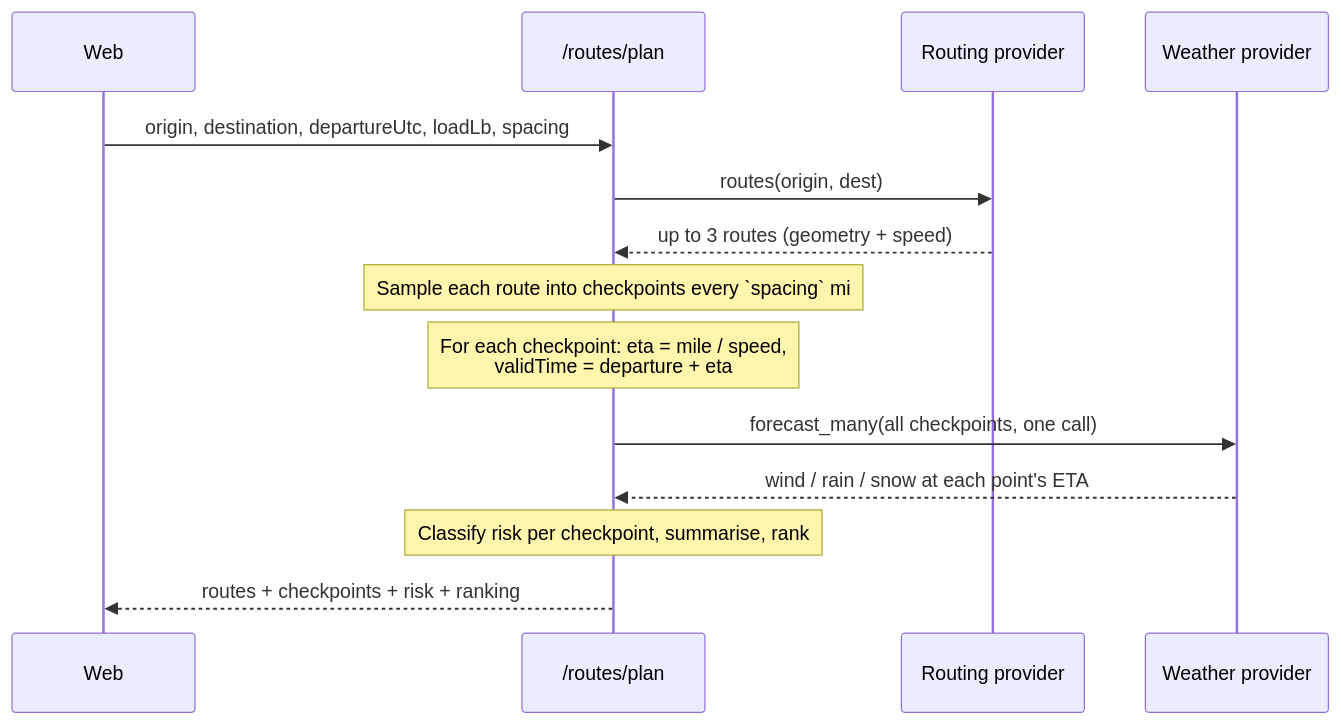
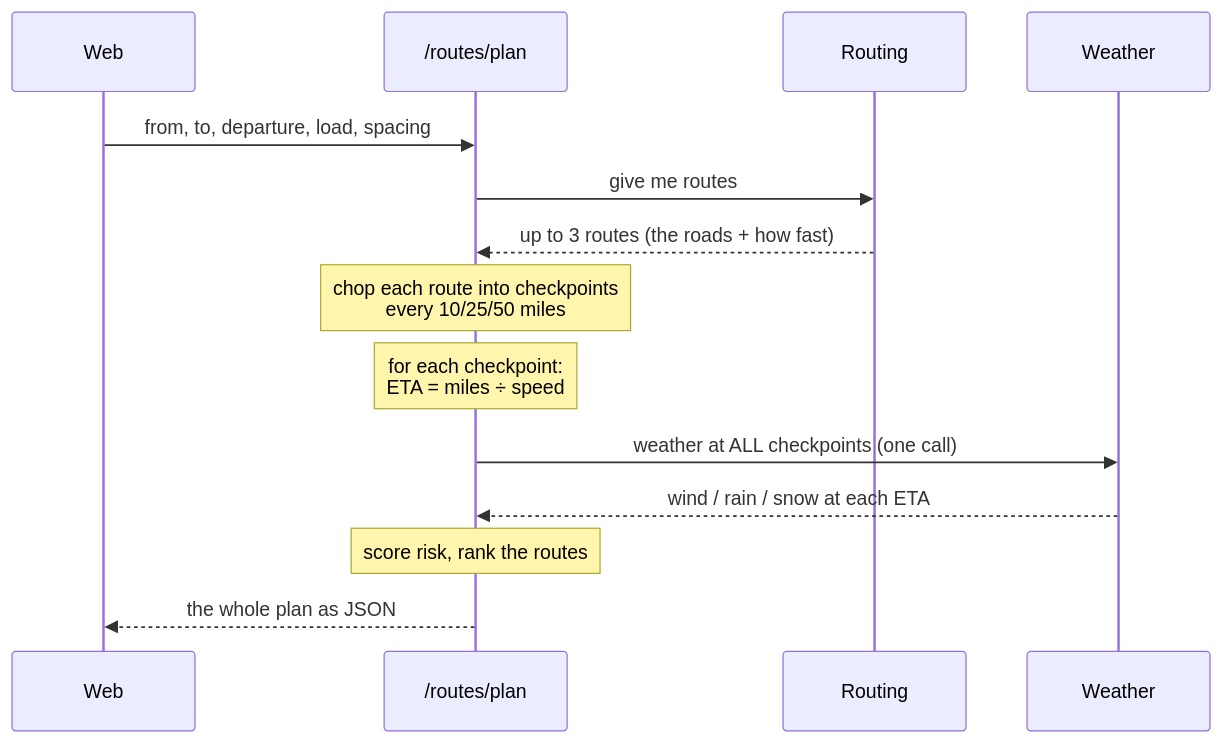
One commit to Maham-Anwaar/truck-routing changed the second of 5 diagrams in docs/WALKTHROUGH.md. Above: the diagram before and after it, drawn with Mermaid. The commit also changed other lines of this file, not shown here.

````diff
--- a/docs/WALKTHROUGH.md
+++ b/docs/WALKTHROUGH.md
@@ -104,16 +43,16 @@
 ```mermaid
 sequenceDiagram
-    participant FE as Web
+    participant You as Web
     participant API as /routes/plan
-    participant R as Routing provider
-    participant W as Weather provider
-    FE->>API: origin, destination, departureUtc, loadLb, spacing
-    API->>R: routes(origin, dest)
-    R-->>API: up to 3 routes (geometry + speed)
-    Note over API: Sample each route into checkpoints every `spacing` mi
-    Note over API: For each checkpoint: eta = mile / speed,<br/>validTime = departure + eta
-    API->>W: forecast_many(all checkpoints, one call)
-    W-->>API: wind / rain / snow at each point's ETA
-    Note over API: Classify risk per checkpoint, summarise, rank
-    API-->>FE: routes + checkpoints + risk + ranking
+    participant R as Routing
+    participant WX as Weather
+    You->>API: from, to, departure, load, spacing
+    API->>R: give me routes
+    R-->>API: up to 3 routes (the roads + how fast)
+    Note over API: chop each route into checkpoints<br/>every 10/25/50 miles
+    Note over API: for each checkpoint:<br/>ETA = miles ÷ speed
+    API->>WX: weather at ALL checkpoints (one call)
+    WX-->>API: wind / rain / snow at each ETA
+    Note over API: score risk, rank the routes
+    API-->>You: the whole plan as JSON
 ```
````
